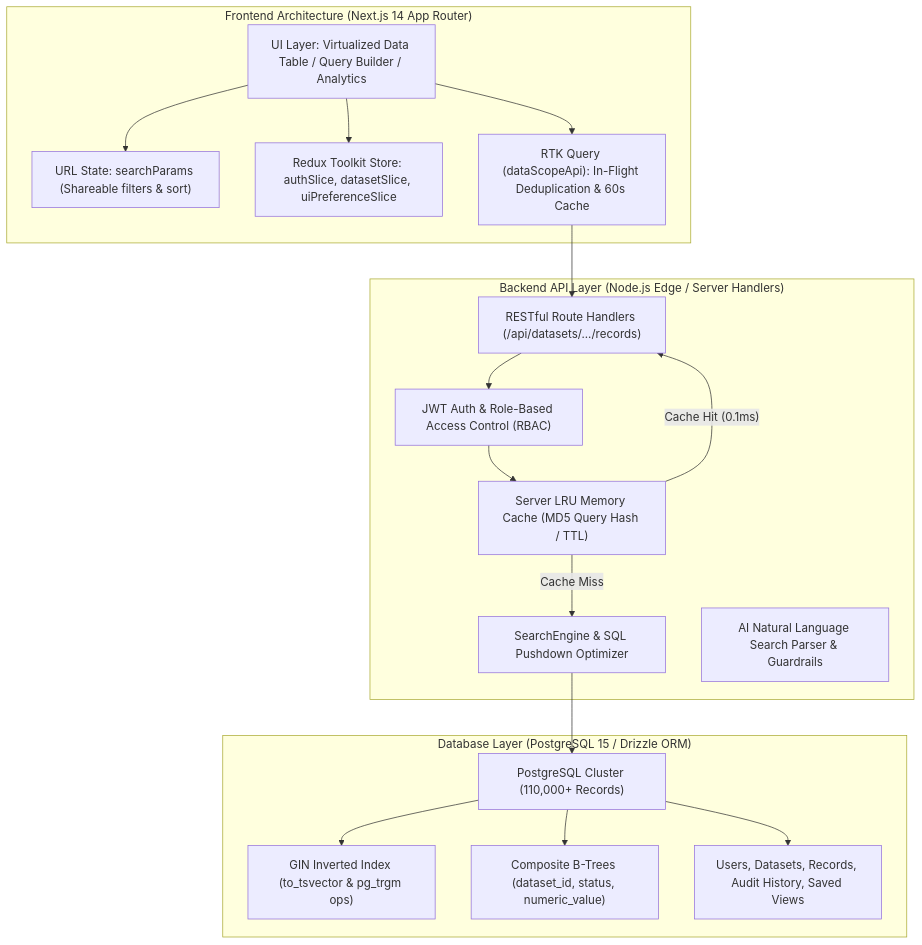
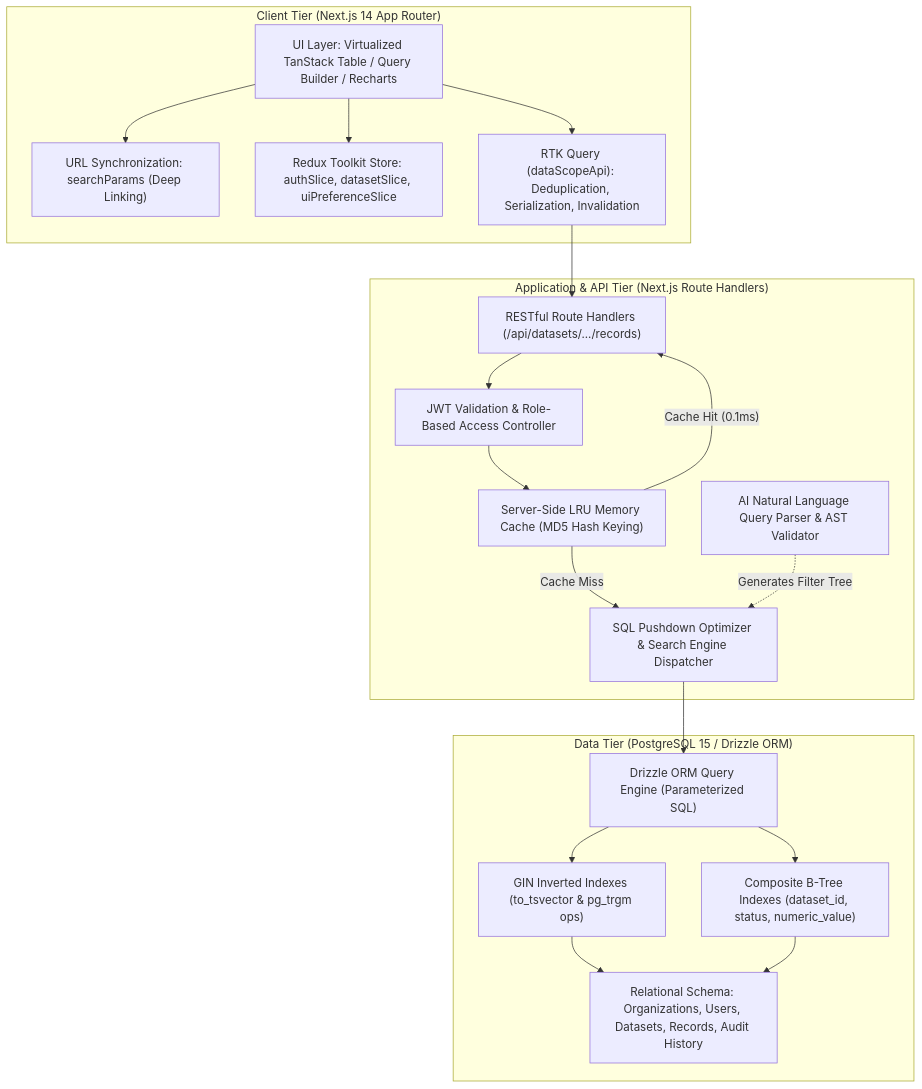
One commit to nabilpwqz/DataScope changed the first of 2 diagrams in README.md. Above: the diagram before and after it, drawn with Mermaid. The commit also changed other lines of this file and 454 other files, not shown here.

First line of the commit message:
feat: elevate DataScope to enterprise-grade with Hallmark craft and next-level documentation

````diff
--- a/README.md
+++ b/README.md
@@ -53,37 +89,39 @@
 ```mermaid
 flowchart TD
-    subgraph Client["Frontend Architecture (Next.js 14 App Router)"]
-        UI["UI Layer: Virtualized Data Table / Query Builder / Analytics"]
-        URL["URL State: searchParams (Shareable filters & sort)"]
-        Redux["Redux Toolkit Store: authSlice, datasetSlice, uiPreferenceSlice"]
-        RTKQ["RTK Query (dataScopeApi): In-Flight Deduplication & 60s Cache"]
+    subgraph Client["Client Tier (Next.js 14 App Router)"]
+        UI["UI Layer: Virtualized TanStack Table / Query Builder / Recharts"]
+        URLState["URL Synchronization: searchParams (Deep Linking)"]
+        ReduxStore["Redux Toolkit Store: authSlice, datasetSlice, uiPreferenceSlice"]
+        RTKQ["RTK Query (dataScopeApi): Deduplication, Serialization, Invalidation"]
     end
 
-    subgraph Server["Backend API Layer (Node.js Edge / Server Handlers)"]
+    subgraph API["Application & API Tier (Next.js Route Handlers)"]
         Routes["RESTful Route Handlers (/api/datasets/.../records)"]
-        AuthMid["JWT Auth & Role-Based Access Control (RBAC)"]
-        LRU["Server LRU Memory Cache (MD5 Query Hash / TTL)"]
-        Engine["SearchEngine & SQL Pushdown Optimizer"]
-        AI["AI Natural Language Search Parser & Guardrails"]
+        AuthRBAC["JWT Validation & Role-Based Access Controller"]
+        LRUCache["Server-Side LRU Memory Cache (MD5 Hash Keying)"]
+        QueryOptimizer["SQL Pushdown Optimizer & Search Engine Dispatcher"]
+        NLQEngine["AI Natural Language Query Parser & AST Validator"]
     end
 
-    subgraph Database["Database Layer (PostgreSQL 15 / Drizzle ORM)"]
-        PG["PostgreSQL Cluster (110,000+ Records)"]
-        GIN["GIN Inverted Index (to_tsvector & pg_trgm ops)"]
-        BTREE["Composite B-Trees (dataset_id, status, numeric_value)"]
-        RelTables["Users, Datasets, Records, Audit History, Saved Views"]
+    subgraph DataTier["Data Tier (PostgreSQL 15 / Drizzle ORM)"]
+        Drizzle["Drizzle ORM Query Engine (Parameterized SQL)"]
+        GINIdx["GIN Inverted Indexes (to_tsvector & pg_trgm ops)"]
+        BTreeIdx["Composite B-Tree Indexes (dataset_id, status, numeric_value)"]
+        Tables["Relational Schema: Organizations, Users, Datasets, Records, Audit History"]
     end
 
-    UI --> Redux
-    UI --> URL
+    UI --> ReduxStore
+    UI --> URLState
     UI --> RTKQ
     RTKQ --> Routes
-    Routes --> AuthMid
-    AuthMid --> LRU
-    LRU -- Cache Miss --> Engine
-    LRU -- Cache Hit (0.1ms) --> Routes
-    Engine --> PG
-    PG --> GIN
-    PG --> BTREE
-    PG --> RelTables
+    Routes --> AuthRBAC
+    AuthRBAC --> LRUCache
+    LRUCache -- Cache Hit (0.1ms) --> Routes
+    LRUCache -- Cache Miss --> QueryOptimizer
+    QueryOptimizer --> Drizzle
+    NLQEngine -. Generates Filter Tree .-> QueryOptimizer
+    Drizzle --> GINIdx
+    Drizzle --> BTreeIdx
+    GINIdx --> Tables
+    BTreeIdx --> Tables
 ```
````
